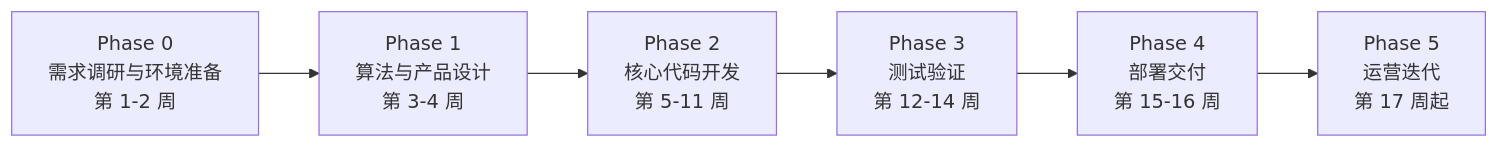
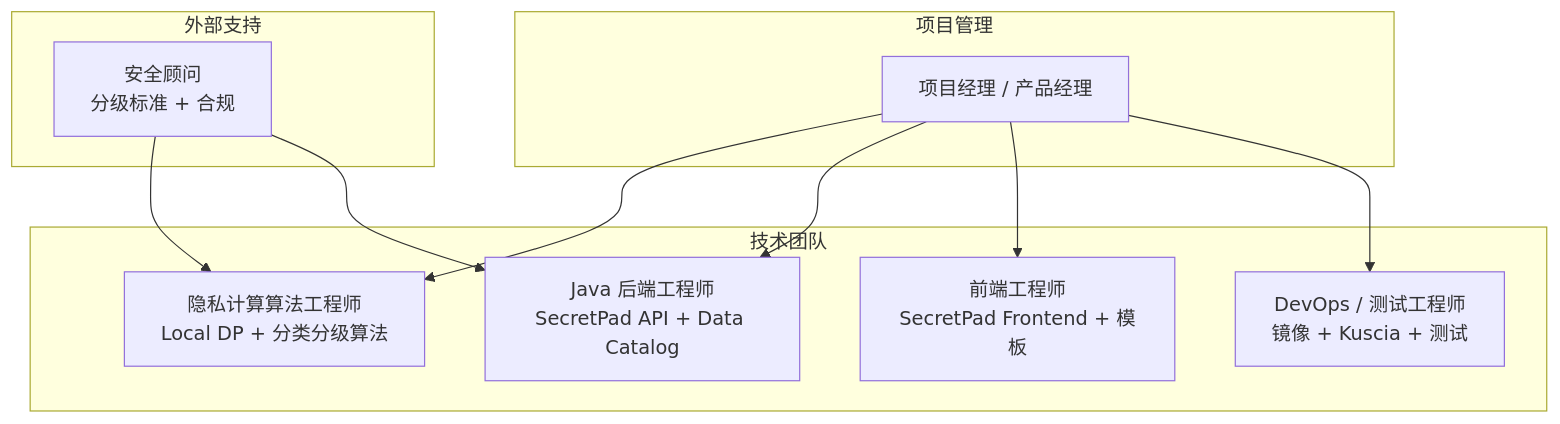
Before and after one commit to fengzhizi319/sfwork: diagram 11 of 11 in docs/二次开发项目计划.md, drawn with Mermaid. The commit also changed other lines of this file, not shown here.

Commit message:
docs: 重写二次开发项目计划为顺序推进版，增加 Mermaid 图表

````diff
--- a/docs/二次开发项目计划.md
+++ b/docs/二次开发项目计划.md
@@ -297,8 +475,24 @@
 ```mermaid
-flowchart LR
-    P0[Phase 0<br/>需求调研与环境准备<br/>第 1-2 周] --> P1[Phase 1<br/>算法与产品设计<br/>第 3-4 周]
-    P1 --> P2[Phase 2<br/>核心代码开发<br/>第 5-11 周]
-    P2 --> P3[Phase 3<br/>测试验证<br/>第 12-14 周]
-    P3 --> P4[Phase 4<br/>部署交付<br/>第 15-16 周]
-    P4 --> P5[Phase 5<br/>运营迭代<br/>第 17 周起]
+flowchart TB
+    subgraph 项目管理
+        PM[项目经理 / 产品经理]
+    end
+
+    subgraph 技术团队
+        A[隐私计算算法工程师<br/>Local DP + 分类分级算法]
+        B[Java 后端工程师<br/>SecretPad API + Data Catalog]
+        C[前端工程师<br/>SecretPad Frontend + 模板]
+        D[DevOps / 测试工程师<br/>镜像 + Kuscia + 测试]
+    end
+
+    subgraph 外部支持
+        E[安全顾问<br/>分级标准 + 合规]
+    end
+
+    PM --> A
+    PM --> B
+    PM --> C
+    PM --> D
+    E --> A
+    E --> B
 ```
````
